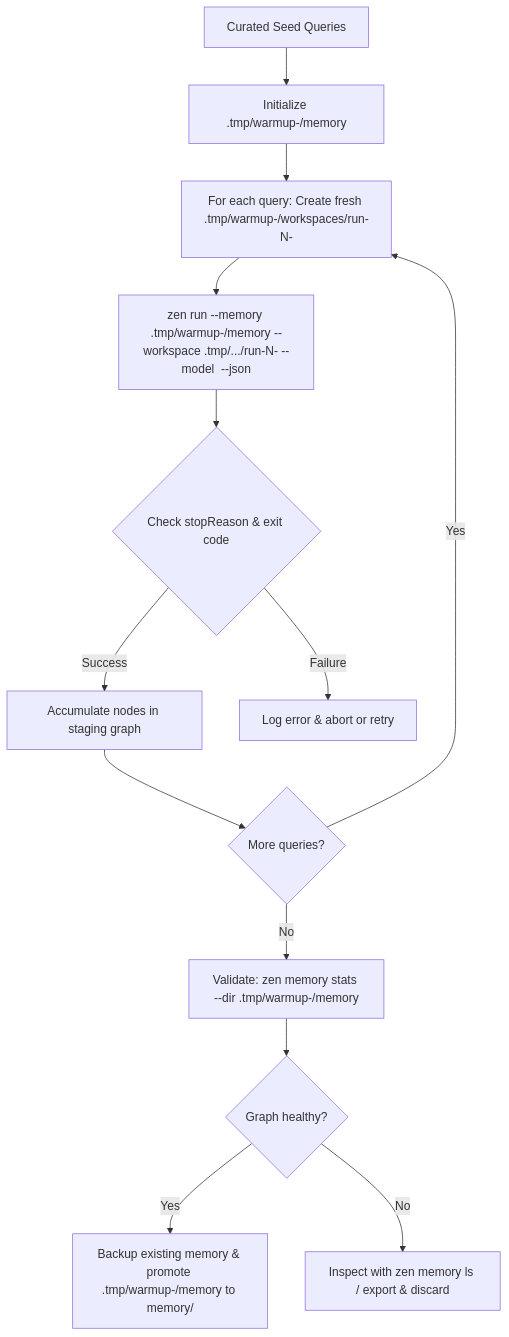
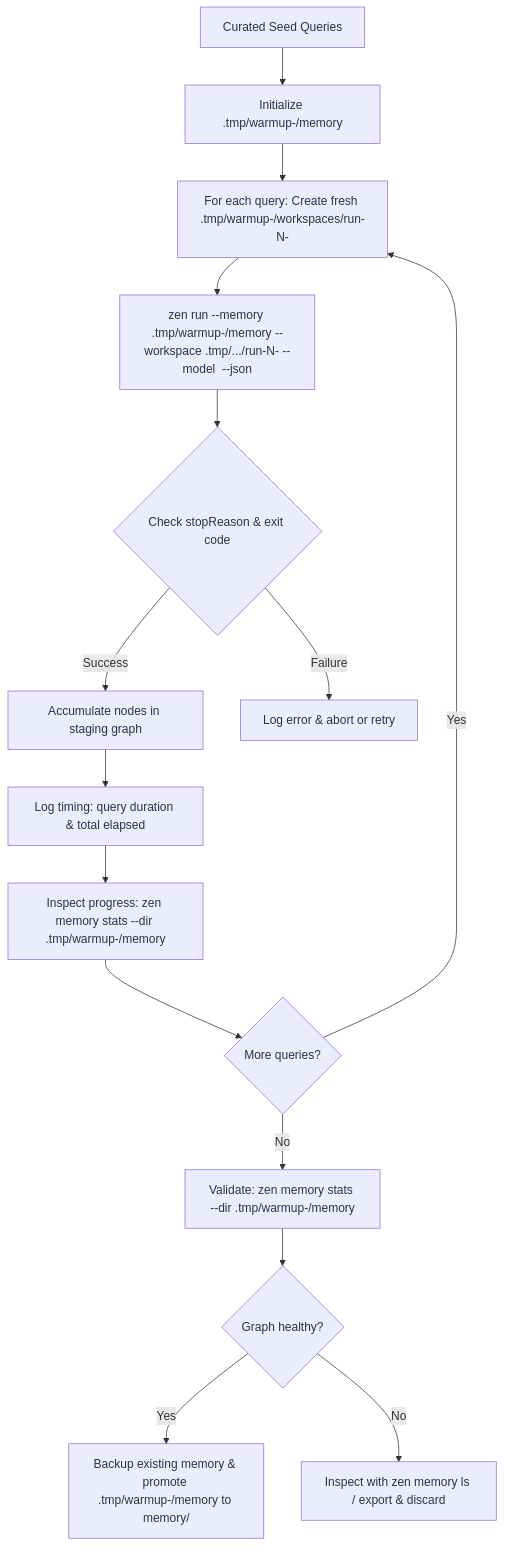
Before and after one commit to andreyryabov/ZeneraNeo: the diagram in packages/cli/templates/editor/.github/skills/zen-memory-warmup/SKILL.md, drawn with Mermaid. The commit also changed other lines of this file, not shown here.

Commit message:
warmup skill time reporting improved

````diff
--- a/packages/cli/templates/editor/.github/skills/zen-memory-warmup/SKILL.md
+++ b/packages/cli/templates/editor/.github/skills/zen-memory-warmup/SKILL.md
@@ -107,15 +108,17 @@
 ```mermaid
 flowchart TD
     A[Curated Seed Queries] --> B["Initialize .tmp/warmup-<timestamp>/memory"]
     B --> C["For each query: Create fresh .tmp/warmup-<timestamp>/workspaces/run-N-<timestamp>"]
     C --> D["zen run --memory .tmp/warmup-<timestamp>/memory --workspace .tmp/.../run-N-<timestamp> --model <model> --json"]
     D --> E{Check stopReason & exit code}
     E -- Success --> F[Accumulate nodes in staging graph]
     E -- Failure --> G[Log error & abort or retry]
-    F --> H{More queries?}
+    F --> T["Log timing: query duration & total elapsed"]
+    T --> S["Inspect progress: zen memory stats --dir .tmp/warmup-<timestamp>/memory"]
+    S --> H{More queries?}
     H -- Yes --> C
     H -- No --> I["Validate: zen memory stats --dir .tmp/warmup-<timestamp>/memory"]
     I --> J{Graph healthy?}
     J -- Yes --> K["Backup existing memory & promote .tmp/warmup-<timestamp>/memory to memory/"]
     J -- No --> L[Inspect with zen memory ls / export & discard]
 ```
````
